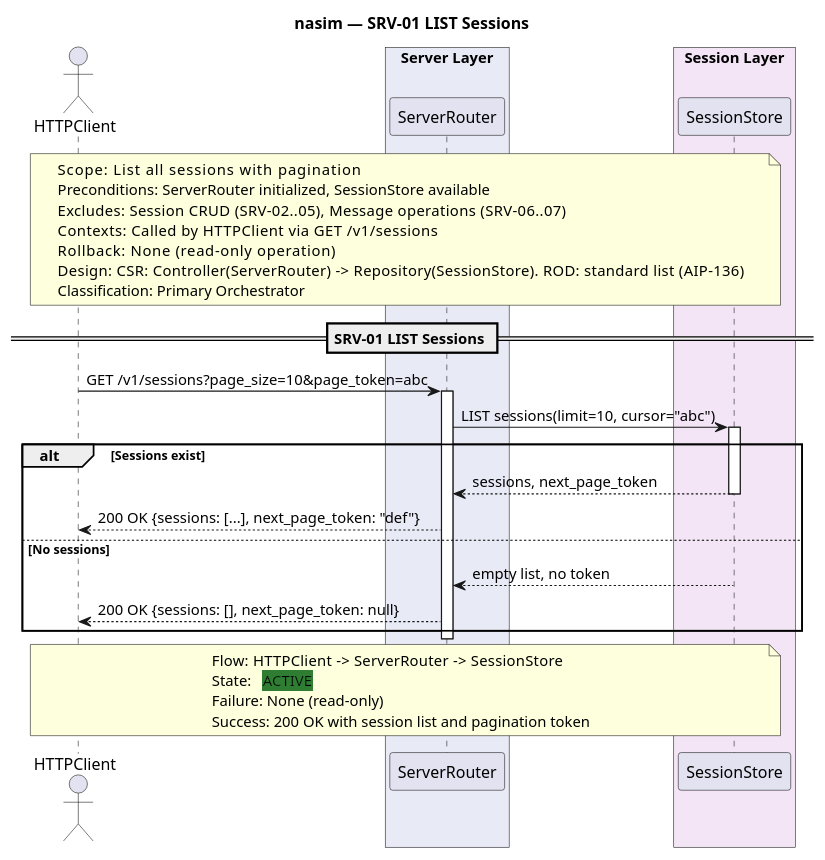
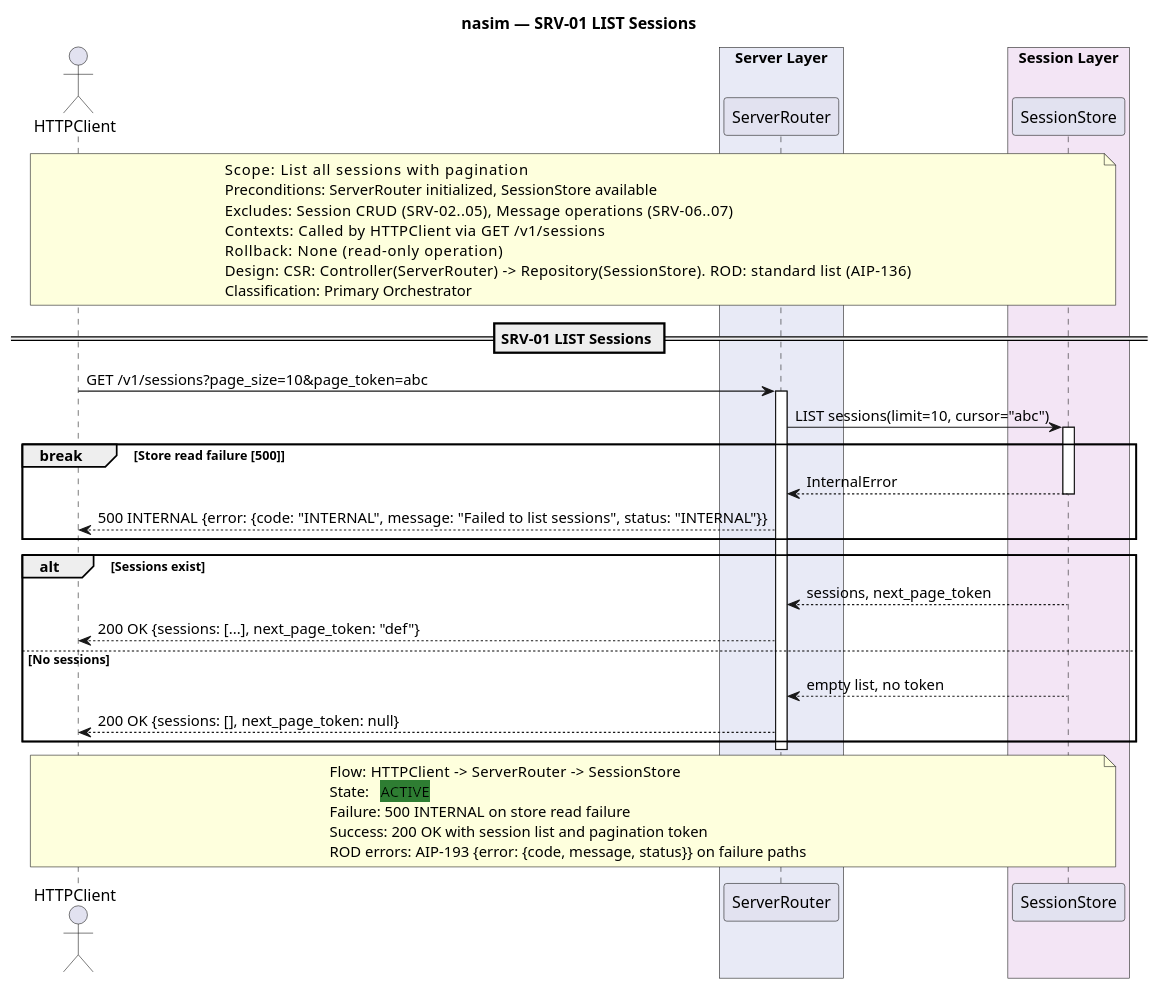
The diagram in docs/SQ/SRV/sq_srv01_list_sessions.puml (salimnamvar/nasim), drawn with PlantUML before and after one commit. The commit also changed 21 other files, not shown here.

```diff
--- a/docs/SQ/SRV/sq_srv01_list_sessions.puml
+++ b/docs/SQ/SRV/sq_srv01_list_sessions.puml
@@ -1,60 +1,67 @@
 @startuml sq_srv01_list_sessions
 ' ============================================================
 ' Title:     SRV-01 — LIST Sessions
 ' Boundary:  nasim code agent HTTP API
 ' Purpose:   List all sessions with pagination
 ' Milestone: v1.0
-' Version:   1.0.0
+' Version:   3.0.0
 ' Source:    docs/UC/README.md
-' Review:    —
+' Review:    Prompt audit 2026-06-21 (cop.md: AIP-193 error path added)
 ' ============================================================
 
 title nasim — SRV-01 LIST Sessions
 
 actor "HTTPClient" as client
 
 box "Server Layer" #E8EAF6
   participant "ServerRouter" as router
 end box
 box "Session Layer" #F3E5F5
   participant "SessionStore" as store
 end box
 
 note over client, store
   Scope:          List all sessions with pagination
   Preconditions:  ServerRouter initialized, SessionStore available
   Excludes:       Session CRUD (SRV-02..05), Message operations (SRV-06..07)
   Contexts:       Called by HTTPClient via GET /v1/sessions
   Rollback:       None (read-only operation)
   Design:         CSR: Controller(ServerRouter) -> Repository(SessionStore). ROD: standard list (AIP-136)
   Classification: Primary Orchestrator
 end note
 
 == SRV-01 LIST Sessions ==
 
 client -> router : GET /v1/sessions?page_size=10&page_token=abc
 activate router
 
 router -> store : LIST sessions(limit=10, cursor="abc")
 activate store
 
+break Store read failure [500]
+    store --> router : InternalError
+    deactivate store
+    router --> client : 500 INTERNAL {error: {code: "INTERNAL", message: "Failed to list sessions", status: "INTERNAL"}}
+end
+
 alt Sessions exist
     store --> router : sessions, next_page_token
     deactivate store
     router --> client : 200 OK {sessions: [...], next_page_token: "def"}
 else No sessions
     store --> router : empty list, no token
     deactivate store
     router --> client : 200 OK {sessions: [], next_page_token: null}
 end
 
 deactivate router
 
 note over client, store
   Flow:    HTTPClient -> ServerRouter -> SessionStore
   State:   <back:#2E7D32>ACTIVE</back>
-  Failure: None (read-only)
+  Failure: 500 INTERNAL on store read failure
   Success: 200 OK with session list and pagination token
+  ROD errors: AIP-193 {error: {code, message, status}} on failure paths
 end note
 
 @enduml
```
